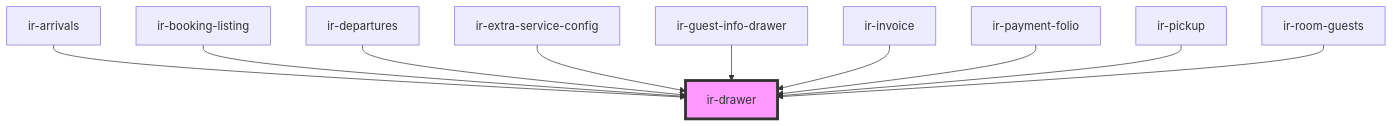
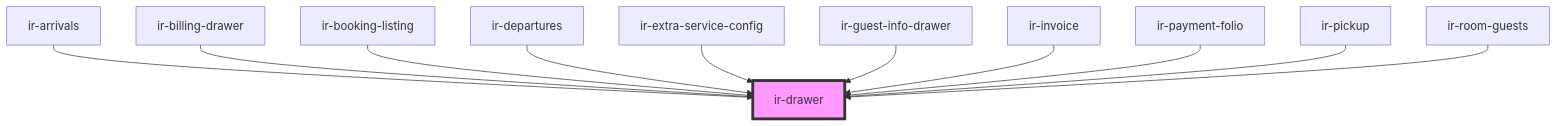
The diagram in src/components/ir-drawer/readme.md (David1Chowaifaty/modified-ir-webcmp), drawn with Mermaid before and after one commit. The commit also changed other lines of this file and 26 other files, not shown here.

````diff
--- a/src/components/ir-drawer/readme.md
+++ b/src/components/ir-drawer/readme.md
@@ -42,13 +43,14 @@
 ```mermaid
 graph TD;
   ir-arrivals --> ir-drawer
+  ir-billing-drawer --> ir-drawer
   ir-booking-listing --> ir-drawer
   ir-departures --> ir-drawer
   ir-extra-service-config --> ir-drawer
   ir-guest-info-drawer --> ir-drawer
   ir-invoice --> ir-drawer
   ir-payment-folio --> ir-drawer
   ir-pickup --> ir-drawer
   ir-room-guests --> ir-drawer
   style ir-drawer fill:#f9f,stroke:#333,stroke-width:4px
 ```
````
